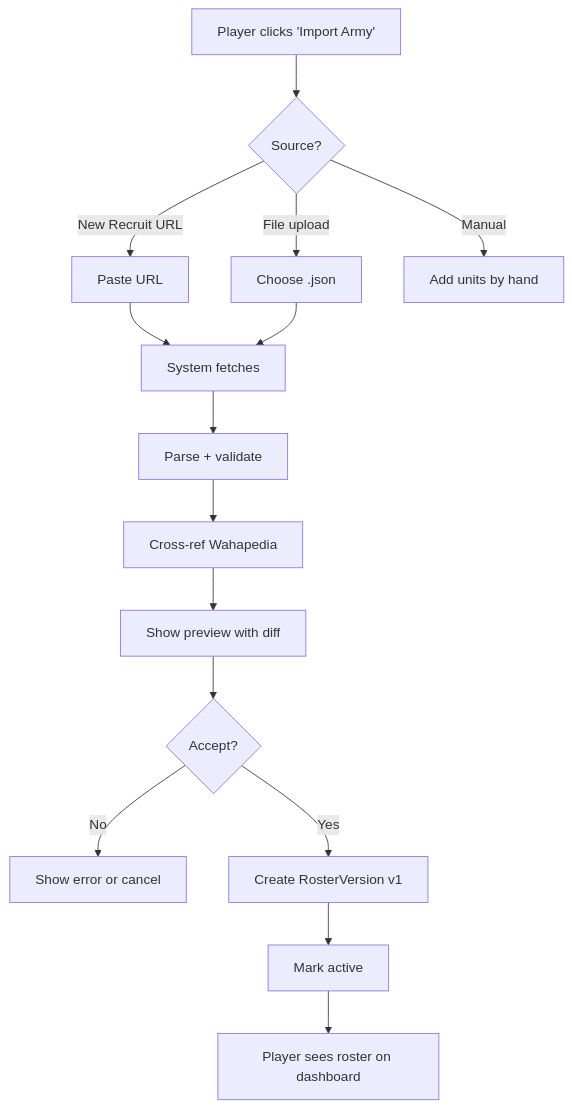
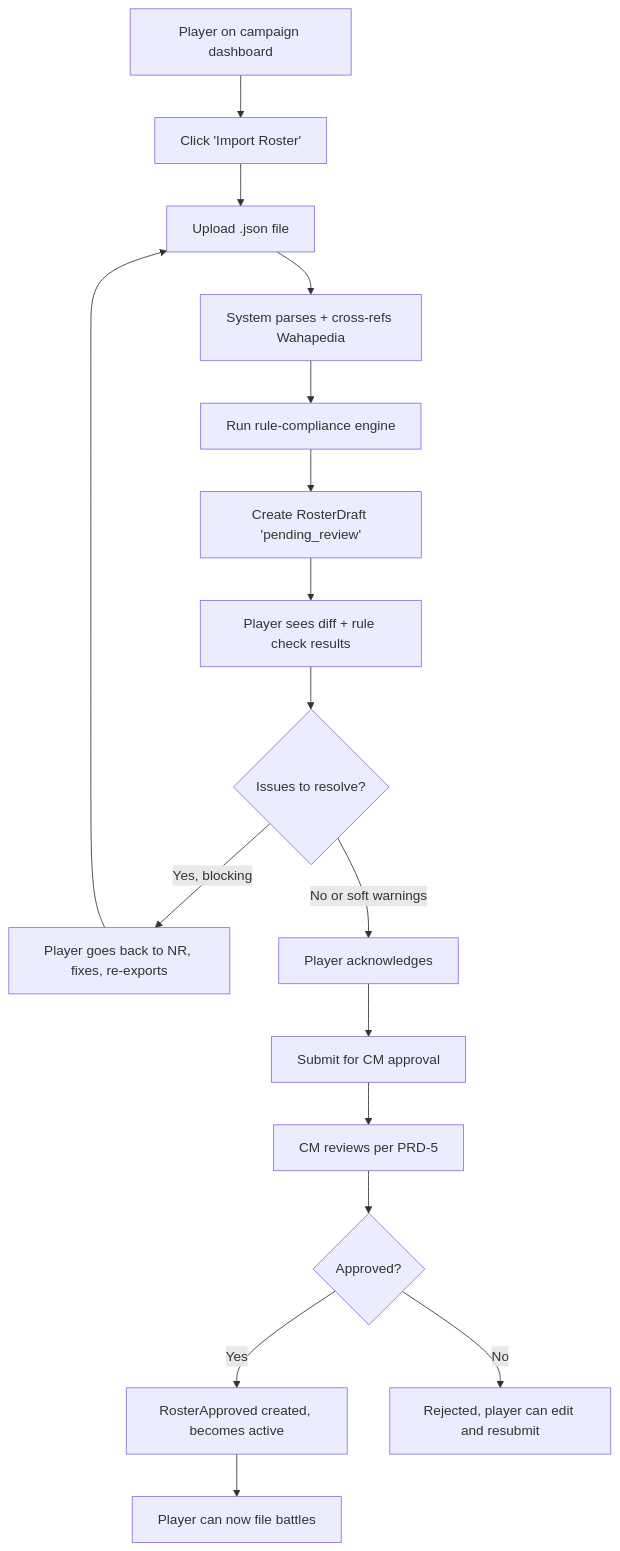
One commit to kaykayyali/crusade-master-prds changed the second of 2 diagrams in prd-3-army-export-versioning.md. Above: the diagram before and after it, drawn with Mermaid. The commit also changed other lines of this file and 12 other files, not shown here.

First line of the commit message:
v2: rewrite all PRDs to reflect locked design (Vite+FastAPI+Postgres+MinIO, multi-tenant, Armageddon-only, roster state machine, submission gating, rule-compliance engine)

````diff
--- a/prd-3-army-export-versioning.md
+++ b/prd-3-army-export-versioning.md
@@ -169,17 +211,19 @@
 ```mermaid
 flowchart TD
-    A[Player clicks 'Import Army'] --> B{Source?}
-    B -->|New Recruit URL| C[Paste URL]
-    B -->|File upload| D[Choose .json]
-    B -->|Manual| E[Add units by hand]
-    C --> F[System fetches]
-    D --> F
-    F --> G[Parse + validate]
-    G --> H[Cross-ref Wahapedia]
-    H --> I[Show preview with diff]
-    I --> J{Accept?}
-    J -->|No| K[Show error or cancel]
-    J -->|Yes| L[Create RosterVersion v1]
-    L --> M[Mark active]
-    M --> N[Player sees roster on dashboard]
+    A[Player on campaign dashboard] --> B[Click 'Import Roster']
+    B --> C[Upload .json file]
+    C --> D[System parses + cross-refs Wahapedia]
+    D --> E[Run rule-compliance engine]
+    E --> F[Create RosterDraft 'pending_review']
+    F --> G[Player sees diff + rule check results]
+    G --> H{Issues to resolve?}
+    H -->|Yes, blocking| I[Player goes back to NR, fixes, re-exports]
+    H -->|No or soft warnings| J[Player acknowledges]
+    I --> C
+    J --> K[Submit for CM approval]
+    K --> L[CM reviews per PRD-5]
+    L --> M{Approved?}
+    M -->|Yes| N[RosterApproved created, becomes active]
+    M -->|No| O[Rejected, player can edit and resubmit]
+    N --> P[Player can now file battles]
 ```
````
